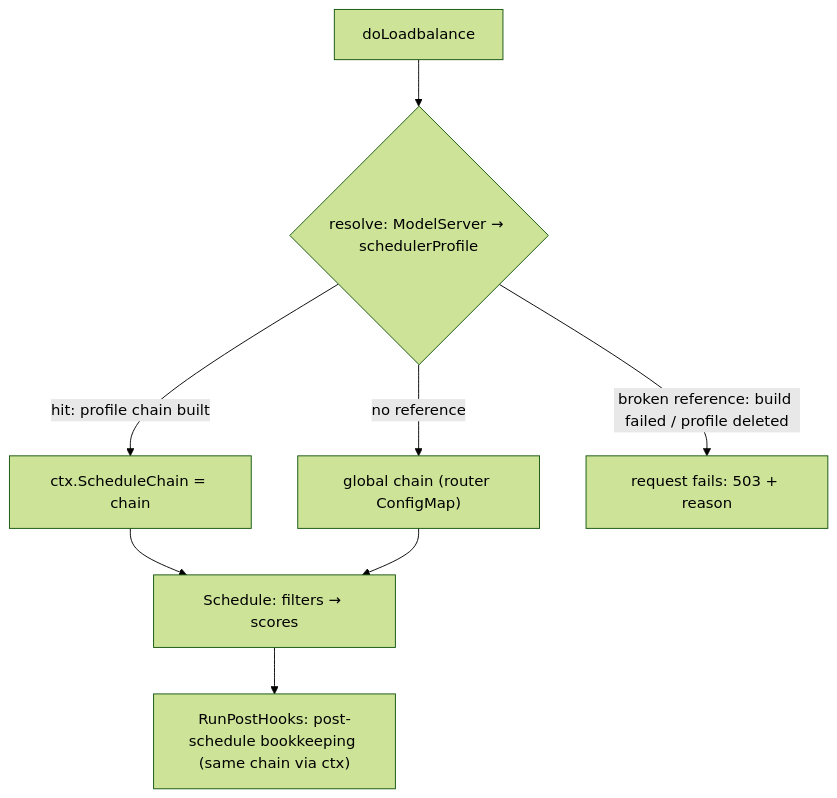
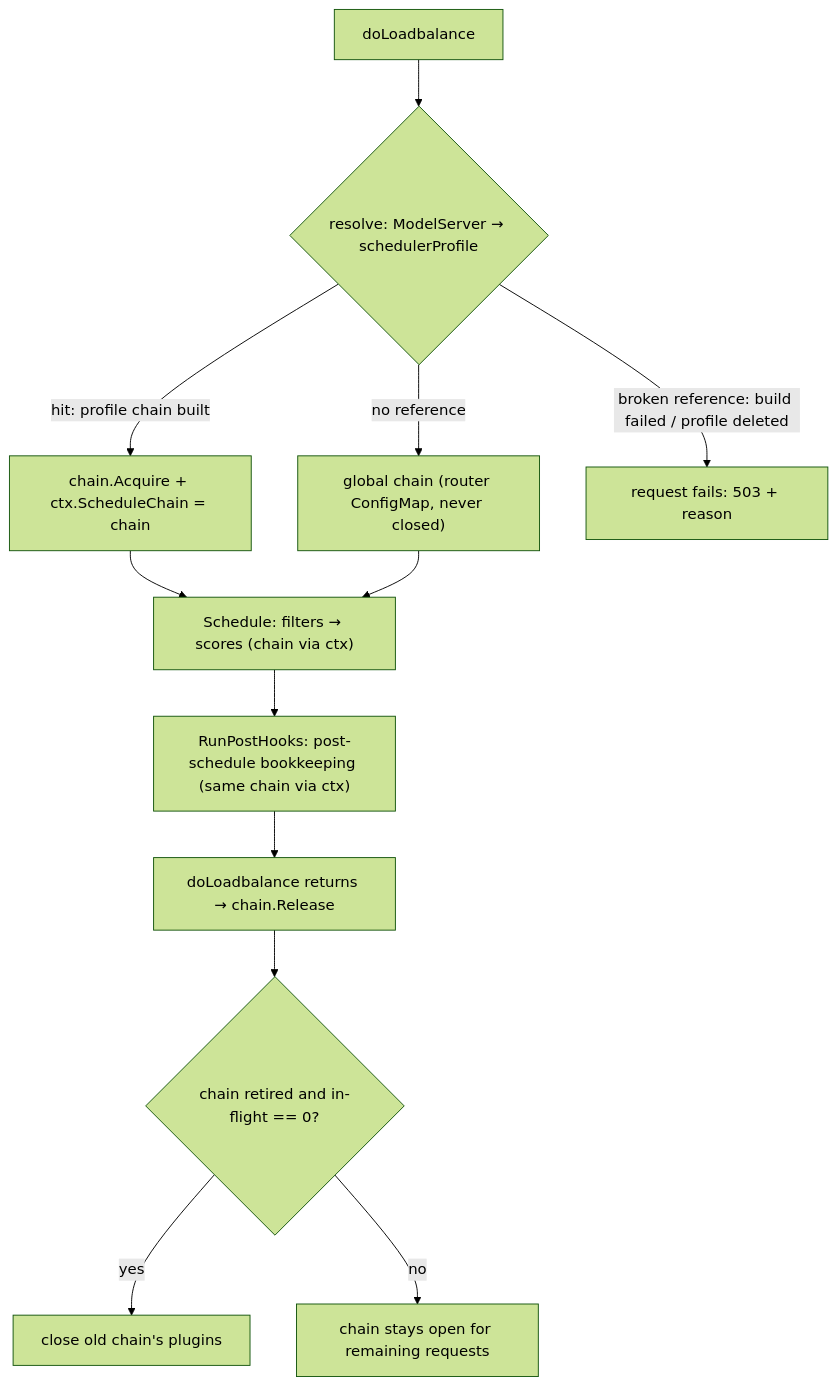
Before and after one commit to volcano-sh/kthena: the third of 3 diagrams in docs/proposal/scheduler-profile.md, drawn with Mermaid (forest theme). The commit also changed other lines of this file, not shown here.

Commit message:
docs(proposal): describe plugin lifecycle with close hook and in-flight gating

````diff
--- a/docs/proposal/scheduler-profile.md
+++ b/docs/proposal/scheduler-profile.md
@@ -290,10 +363,14 @@
 ```mermaid
 flowchart TD
     R["doLoadbalance"] --> RES{"resolve: ModelServer → schedulerProfile"}
-    RES -- "no reference" --> G["global chain (router ConfigMap)"]
-    RES -- "hit: profile chain built" --> SET["ctx.ScheduleChain = chain"]
+    RES -- "no reference" --> G["global chain (router ConfigMap, never closed)"]
+    RES -- "hit: profile chain built" --> ACQ["chain.Acquire + ctx.ScheduleChain = chain"]
     RES -- "broken reference: build failed / profile deleted" --> FAIL["request fails: 503 + reason"]
-    SET --> SCH["Schedule: filters → scores"]
+    ACQ --> SCH["Schedule: filters → scores (chain via ctx)"]
     G --> SCH
     SCH --> H["RunPostHooks: post-schedule bookkeeping (same chain via ctx)"]
+    H --> REL["doLoadbalance returns → chain.Release"]
+    REL --> DRAIN{"chain retired and in-flight == 0?"}
+    DRAIN -- "yes" --> CLOSE["close old chain's plugins"]
+    DRAIN -- "no" --> KEEP["chain stays open for remaining requests"]
 ```
````
